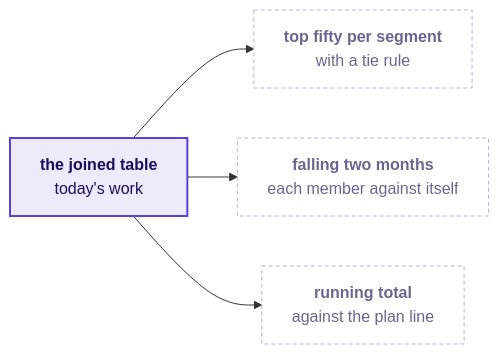
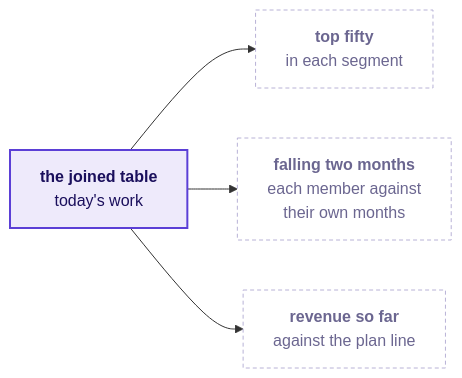
One commit to fde-academy-lab/c2-content-factory changed the diagram in content/W02/D2/preread/C2_W02_D02_preread_STUDENT.md. Above: the diagram before and after it, drawn with Mermaid. The commit also changed other lines of this file and 10 other files, not shown here.

````diff
--- a/content/W02/D2/preread/C2_W02_D02_preread_STUDENT.md
+++ b/content/W02/D2/preread/C2_W02_D02_preread_STUDENT.md
@@ -20,10 +19,10 @@
 ```mermaid
 flowchart LR
-    J["<b>the joined table</b><br/>today's work"] --> T["<b>top fifty per segment</b><br/>with a tie rule"]
-    J --> F["<b>falling two months</b><br/>each member against itself"]
-    J --> R["<b>running total</b><br/>against the plan line"]
+    J["<b>the joined table</b><br/>today's work"] --> T["<b>top fifty</b><br/>in each segment"]
+    J --> F["<b>falling two months</b><br/>each member against<br/>their own months"]
+    J --> R["<b>revenue so far</b><br/>against the plan line"]
     classDef known fill:#EEEAFB,stroke:#5B3FD6,color:#1A0F5C,stroke-width:2px
     classDef unknown fill:#FFFFFF,stroke:#B8B2D6,color:#6B6690,stroke-dasharray:4 3
     class J known
     class T,F,R unknown
 ```
````
